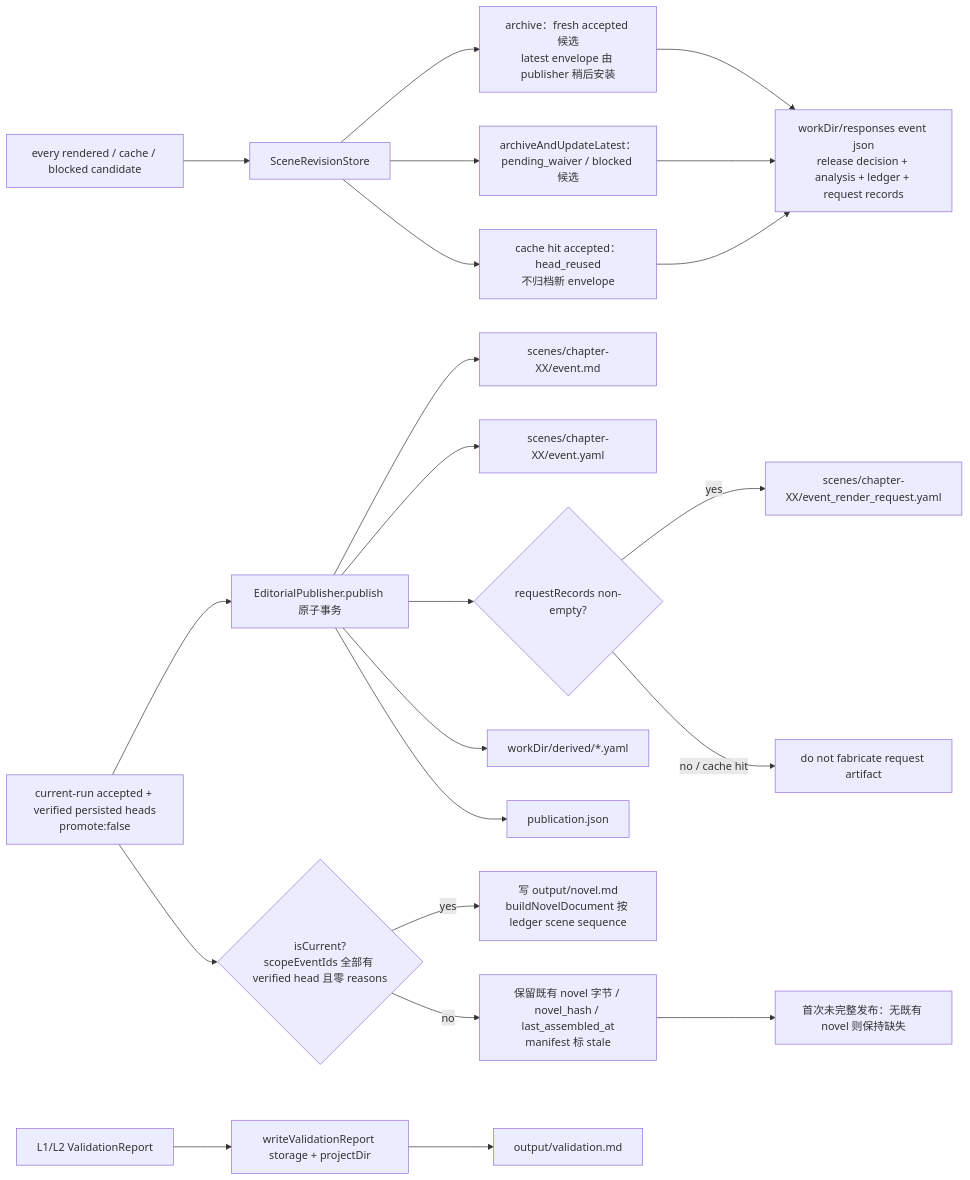
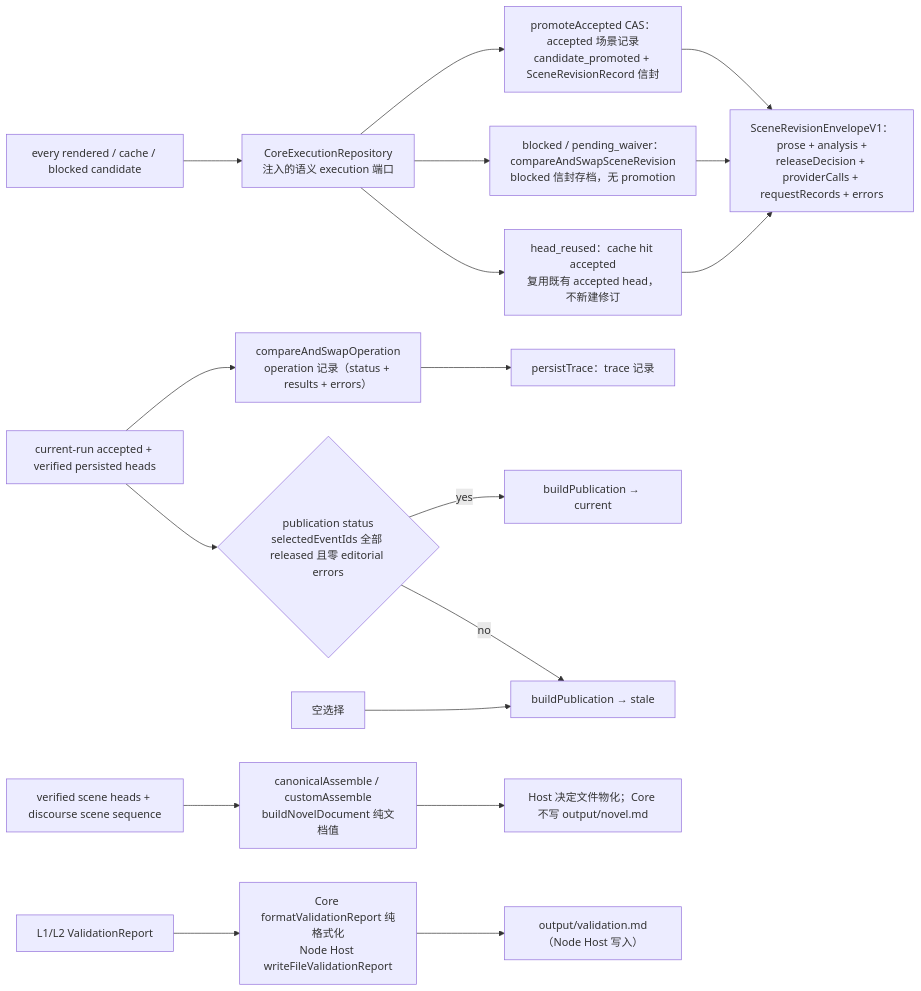
Before and after one commit to fltb/fabula: the sixth of 6 diagrams in docs/reference/wiring.md, drawn with Mermaid. The commit also changed other lines of this file and 54 other files, not shown here.

````diff
--- a/docs/reference/wiring.md
+++ b/docs/reference/wiring.md
@@ -425,28 +427,25 @@
 ```mermaid
 flowchart LR
-  Candidate[every rendered / cache / blocked candidate] --> SceneWriter[SceneRevisionStore]
-  SceneWriter --> Archive[archive：fresh accepted 候选<br/>latest envelope 由 publisher 稍后安装]
-  SceneWriter --> Latest[archiveAndUpdateLatest：pending_waiver / blocked 候选]
-  SceneWriter --> Reused[cache hit accepted：head_reused<br/>不归档新 envelope]
-  Archive --> Response[workDir/responses event json<br/>release decision + analysis + ledger + request records]
-  Latest --> Response
-  Reused --> Response
+  Candidate[every rendered / cache / blocked candidate] --> Exec[CoreExecutionRepository<br/>注入的语义 execution 端口]
+  Exec --> Promote[promoteAccepted CAS：accepted 场景记录<br/>candidate_promoted + SceneRevisionRecord 信封]
+  Exec --> BlockedArchive[blocked / pending_waiver：compareAndSwapSceneRevision<br/>blocked 信封存档，无 promotion]
+  Exec --> Reused[head_reused：cache hit accepted<br/>复用既有 accepted head，不新建修订]
+  Promote --> Envelope[SceneRevisionEnvelopeV1：prose + analysis +<br/>releaseDecision + providerCalls + requestRecords + errors]
+  BlockedArchive --> Envelope
+  Reused --> Envelope
 
-  CurrentRun[current-run accepted + verified persisted heads<br/>promote:false] --> Publisher[EditorialPublisher.publish 原子事务]
-  Publisher --> Scene[scenes/chapter-XX/event.md]
-  Publisher --> Meta[scenes/chapter-XX/event.yaml]
-  Publisher --> Fresh{requestRecords non-empty?}
-  Fresh -- yes --> Req[scenes/chapter-XX/event_render_request.yaml]
-  Fresh -- no / cache hit --> NoReq[do not fabricate request artifact]
-  Publisher --> Derived[workDir/derived/*.yaml]
-  Publisher --> Manifest[publication.json]
+  CurrentRun[current-run accepted + verified persisted heads] --> OpRecord[compareAndSwapOperation<br/>operation 记录（status + results + errors）]
+  OpRecord --> Trace[persistTrace：trace 记录]
 
-  Complete{isCurrent?<br/>scopeEventIds 全部有 verified head 且零 reasons}
+  Complete{publication status<br/>selectedEventIds 全部 released 且零 editorial errors}
   CurrentRun --> Complete
-  Complete -- yes --> Novel[写 output/novel.md<br/>buildNovelDocument 按 ledger scene sequence]
-  Complete -- no --> StaleNovel[保留既有 novel 字节 / novel_hash / last_assembled_at<br/>manifest 标 stale]
-  StaleNovel --> FirstTime[首次未完整发布：无既有 novel 则保持缺失]
+  Complete -- yes --> Current[buildPublication → current]
+  Complete -- no --> Stale[buildPublication → stale]
+  Unchanged[空选择] --> Stale
 
-  ReportInput[L1/L2 ValidationReport] --> Reporter[writeValidationReport storage + projectDir]
-  Reporter --> Validation[output/validation.md]
+  NovelData[verified scene heads + discourse scene sequence] --> Assembly[canonicalAssemble / customAssemble<br/>buildNovelDocument 纯文档值]
+  Assembly --> Materialize[Host 决定文件物化；Core 不写 output/novel.md]
+
+  ReportInput[L1/L2 ValidationReport] --> Reporter[Core formatValidationReport 纯格式化<br/>Node Host writeFileValidationReport]
+  Reporter --> Validation[output/validation.md（Node Host 写入）]
 ```
````
